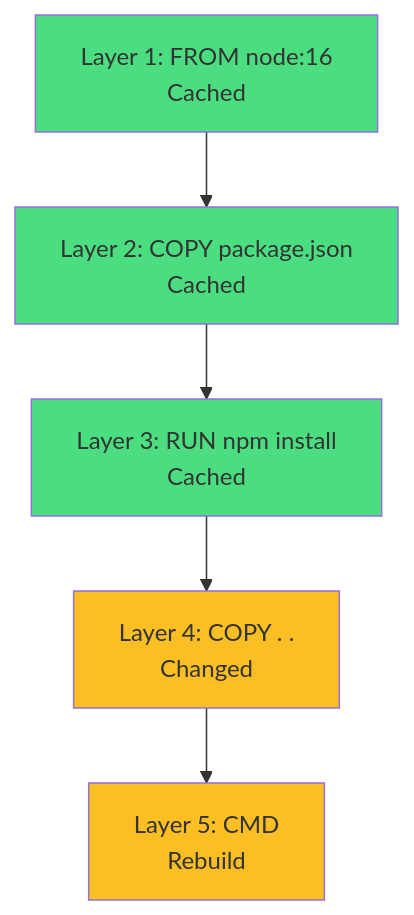
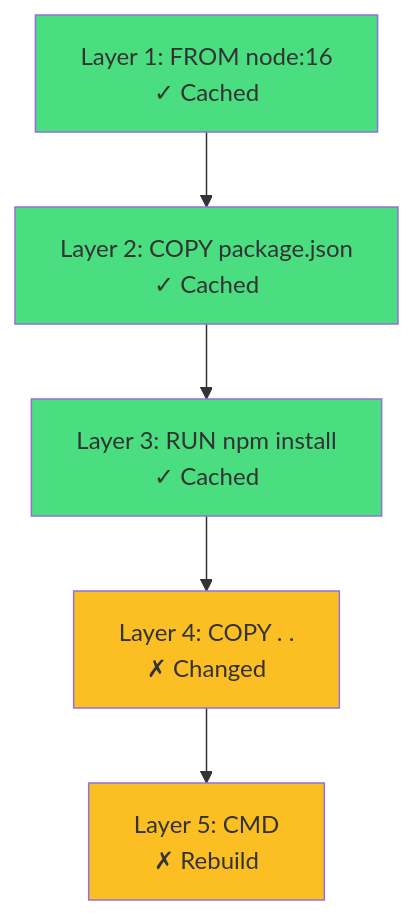
One commit to courselabs/kubernetes changed the fourth of 8 diagrams in slides/docker/slides.md. Above: the diagram before and after it, drawn with Mermaid. The commit also changed other lines of this file and 5 other files, not shown here.

````diff
--- a/slides/docker/slides.md
+++ b/slides/docker/slides.md
@@ -222,12 +247,12 @@
 ```mermaid
 graph TB
-    L1["Layer 1: FROM node:16<br/><carbon-checkmark/> Cached"] --> L2["Layer 2: COPY package.json<br/><carbon-checkmark/> Cached"]
-    L2 --> L3["Layer 3: RUN npm install<br/><carbon-checkmark/> Cached"]
-    L3 --> L4["Layer 4: COPY . .<br/><carbon-close/> Changed"]
-    L4 --> L5["Layer 5: CMD<br/><carbon-close/> Rebuild"]
+    L1["Layer 1: FROM node:16<br/>✓ Cached"] --> L2["Layer 2: COPY package.json<br/>✓ Cached"]
+    L2 --> L3["Layer 3: RUN npm install<br/>✓ Cached"]
+    L3 --> L4["Layer 4: COPY . .<br/>✗ Changed"]
+    L4 --> L5["Layer 5: CMD<br/>✗ Rebuild"]
     style L1 fill:#4ade80
     style L2 fill:#4ade80
     style L3 fill:#4ade80
     style L4 fill:#fbbf24
     style L5 fill:#fbbf24
 ```
````
